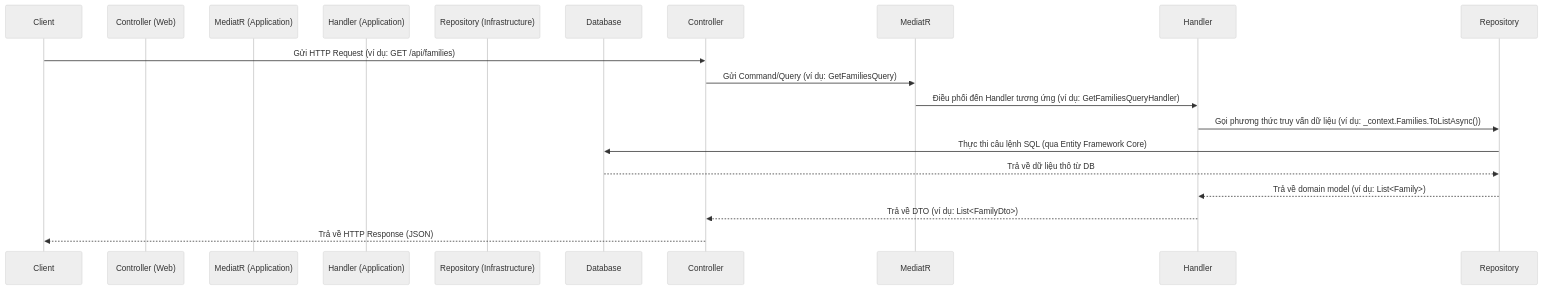
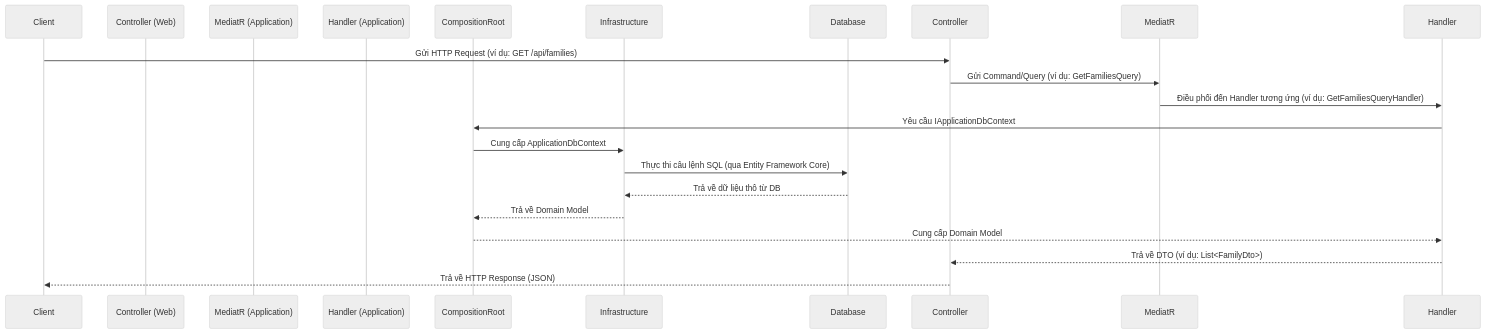
The diagram in docs/engineering/backend-guide.md (hkthao/family-tree-3), drawn with Mermaid (neutral theme) before and after one commit. The commit also changed other lines of this file and 2 other files, not shown here.

First line of the commit message:
docs: Update architecture, backend guide, and contribution guide documentation

````diff
--- a/docs/engineering/backend-guide.md
+++ b/docs/engineering/backend-guide.md
@@ -53,19 +54,22 @@
 ```mermaid
 sequenceDiagram
     participant Client
     participant Controller (Web)
     participant MediatR (Application)
     participant Handler (Application)
-    participant Repository (Infrastructure)
+    participant CompositionRoot
+    participant Infrastructure
     participant Database
 
     Client->>Controller: Gửi HTTP Request (ví dụ: GET /api/families)
     Controller->>MediatR: Gửi Command/Query (ví dụ: GetFamiliesQuery)
     MediatR->>Handler: Điều phối đến Handler tương ứng (ví dụ: GetFamiliesQueryHandler)
-    Handler->>Repository: Gọi phương thức truy vấn dữ liệu (ví dụ: _context.Families.ToListAsync())
-    Repository->>Database: Thực thi câu lệnh SQL (qua Entity Framework Core)
-    Database-->>Repository: Trả về dữ liệu thô từ DB
-    Repository-->>Handler: Trả về domain model (ví dụ: List<Family>)
+    Handler->>CompositionRoot: Yêu cầu IApplicationDbContext
+    CompositionRoot->>Infrastructure: Cung cấp ApplicationDbContext
+    Infrastructure->>Database: Thực thi câu lệnh SQL (qua Entity Framework Core)
+    Database-->>Infrastructure: Trả về dữ liệu thô từ DB
+    Infrastructure-->>CompositionRoot: Trả về Domain Model
+    CompositionRoot-->>Handler: Cung cấp Domain Model
     Handler-->>Controller: Trả về DTO (ví dụ: List<FamilyDto>)
     Controller-->>Client: Trả về HTTP Response (JSON)
 ```
````
